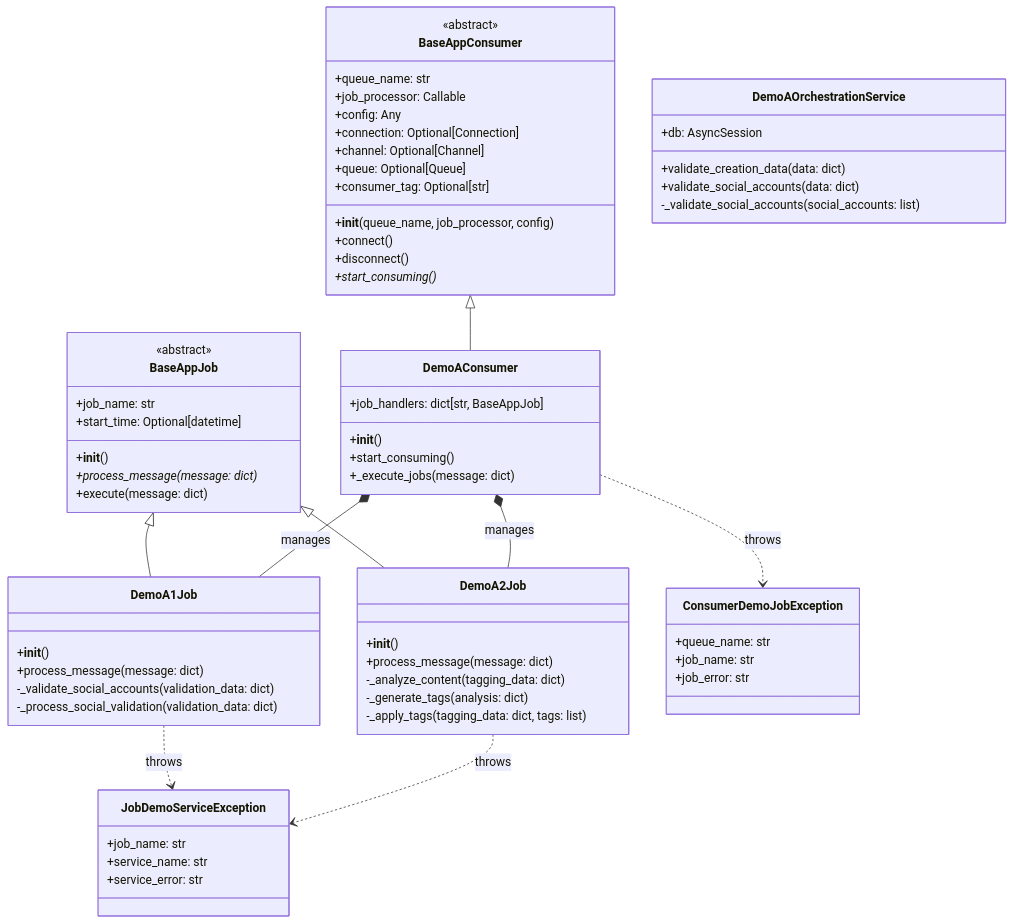
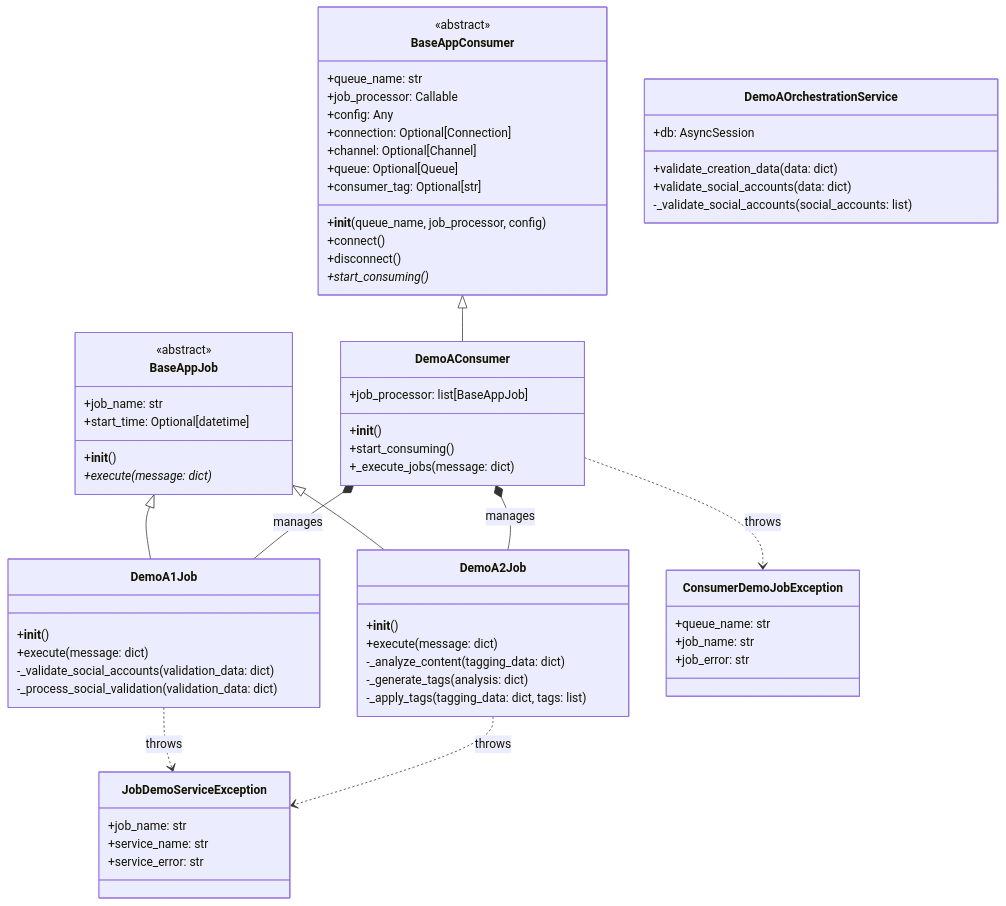
Before and after one commit to ai-botxbyte/browser-profile-serp-orchestration-service: the first of 3 diagrams in demo_a_architecture.md, drawn with Mermaid. The commit also changed other lines of this file and 15 other files, not shown here.

```diff
--- a/demo_a_architecture.md
+++ b/demo_a_architecture.md
@@ -25,13 +25,12 @@
         +job_name: str
         +start_time: Optional[datetime]
         +__init__()
-        +process_message(message: dict)*
-        +execute(message: dict)
+        +execute(message: dict)*
     }
 
     %% Demo A Consumer
     class DemoAConsumer {
-        +job_handlers: dict[str, BaseAppJob]
+        +job_processor: list[BaseAppJob]
         +__init__()
         +start_consuming()
         +_execute_jobs(message: dict)
@@ -40,14 +39,14 @@
     %% Demo A Jobs
     class DemoA1Job {
         +__init__()
-        +process_message(message: dict)
+        +execute(message: dict)
         -_validate_social_accounts(validation_data: dict)
         -_process_social_validation(validation_data: dict)
     }
 
     class DemoA2Job {
         +__init__()
-        +process_message(message: dict)
+        +execute(message: dict)
         -_analyze_content(tagging_data: dict)
         -_generate_tags(analysis: dict)
         -_apply_tags(tagging_data: dict, tags: list)
```
